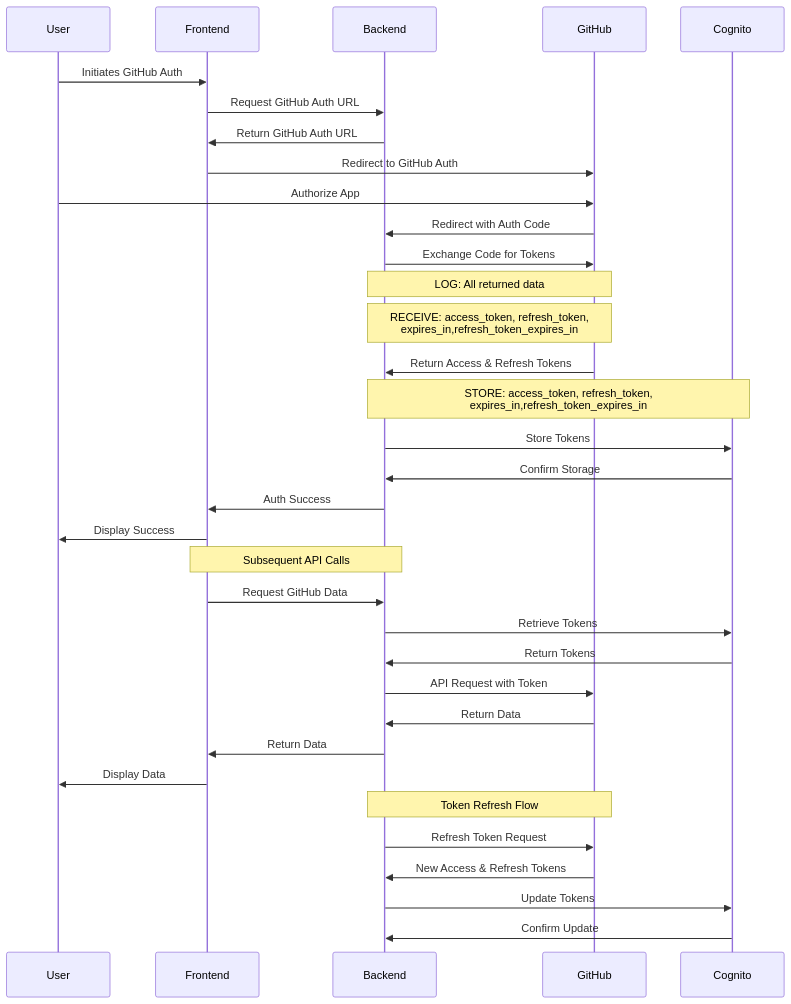
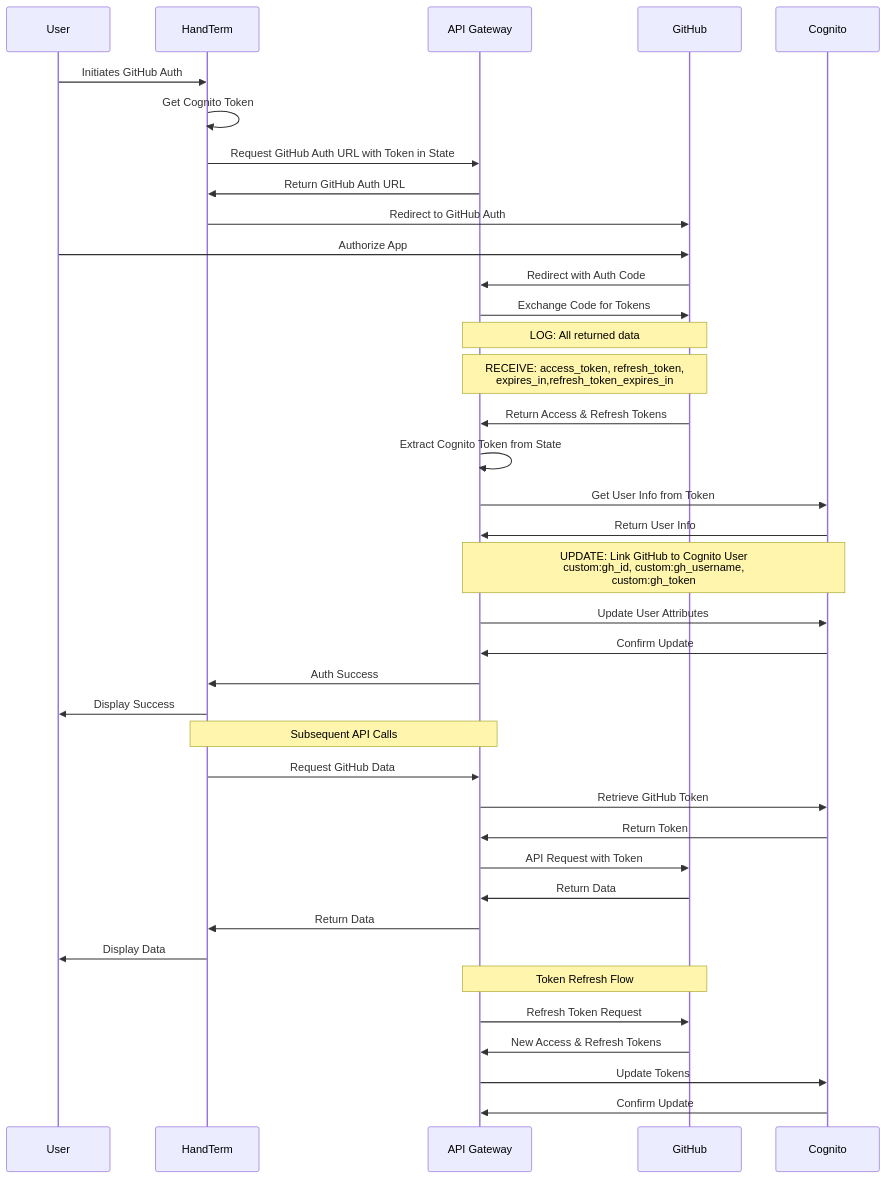
The diagram in docs/github/grant_flow.md (InTEGr8or/handterm-cdk), drawn with Mermaid before and after one commit. The commit also changed other lines of this file and 4 other files, not shown here.

Commit message:
WIP GitHub linking process

````diff
--- a/docs/github/grant_flow.md
+++ b/docs/github/grant_flow.md
@@ -1,41 +5,46 @@
 ```mermaid
 sequenceDiagram
     participant User
-    participant Frontend
-    participant Backend
+    participant H as HandTerm
+    participant A as API Gateway
     participant GitHub
     participant Cognito
 
-    User->>Frontend: Initiates GitHub Auth
-    Frontend->>Backend: Request GitHub Auth URL
-    Backend->>Frontend: Return GitHub Auth URL
-    Frontend->>GitHub: Redirect to GitHub Auth
+    User->>H: Initiates GitHub Auth
+    H ->>H: Get Cognito Token
+    H ->>A: Request GitHub Auth URL with Token in State
+    A->>H: Return GitHub Auth URL
+    H ->>GitHub: Redirect to GitHub Auth
     User->>GitHub: Authorize App
-    GitHub->>Backend: Redirect with Auth Code
-    Backend->>GitHub: Exchange Code for Tokens
-    
-    Note over Backend,GitHub: LOG: All returned data
-    Note over Backend,GitHub: RECEIVE: access_token, refresh_token,<br/>expires_in,refresh_token_expires_in
-    GitHub->>Backend: Return Access & Refresh Tokens
-    Note over Backend,Cognito: STORE: access_token, refresh_token,<br/>expires_in,refresh_token_expires_in
-    Backend->>Cognito: Store Tokens
+    GitHub->>A: Redirect with Auth Code
+    A->>GitHub: Exchange Code for Tokens
 
-    Cognito->>Backend: Confirm Storage
-    Backend->>Frontend: Auth Success
-    Frontend->>User: Display Success
+    Note over A,GitHub: LOG: All returned data
+    Note over A,GitHub: RECEIVE: access_token, refresh_token,<br/>expires_in,refresh_token_expires_in
+    GitHub->>A: Return Access & Refresh Tokens
 
-    Note over Frontend,Backend: Subsequent API Calls
-    Frontend->>Backend: Request GitHub Data
-    Backend->>Cognito: Retrieve Tokens
-    Cognito->>Backend: Return Tokens
-    Backend->>GitHub: API Request with Token
-    GitHub->>Backend: Return Data
-    Backend->>Frontend: Return Data
-    Frontend->>User: Display Data
+    A->>A: Extract Cognito Token from State
+    A->>Cognito: Get User Info from Token
+    Cognito->>A: Return User Info
 
-    Note over Backend,GitHub: Token Refresh Flow
-    Backend->>GitHub: Refresh Token Request
-    GitHub->>Backend: New Access & Refresh Tokens
-    Backend->>Cognito: Update Tokens
-    Cognito->>Backend: Confirm Update
+    Note over A,Cognito: UPDATE: Link GitHub to Cognito User<br/>custom:gh_id, custom:gh_username,<br/>custom:gh_token
+    A->>Cognito: Update User Attributes
+    Cognito->>A: Confirm Update
+    A->>H: Auth Success
+    H ->>User: Display Success
+
+    Note over H,A: Subsequent API Calls
+    H ->>A: Request GitHub Data
+    A->>Cognito: Retrieve GitHub Token
+    Cognito->>A: Return Token
+    A->>GitHub: API Request with Token
+    GitHub->>A: Return Data
+    A->>H: Return Data
+    H ->>User: Display Data
+
+    Note over A,GitHub: Token Refresh Flow
+    A->>GitHub: Refresh Token Request
+    GitHub->>A: New Access & Refresh Tokens
+    A->>Cognito: Update Tokens
+    Cognito->>A: Confirm Update
 ```
````
